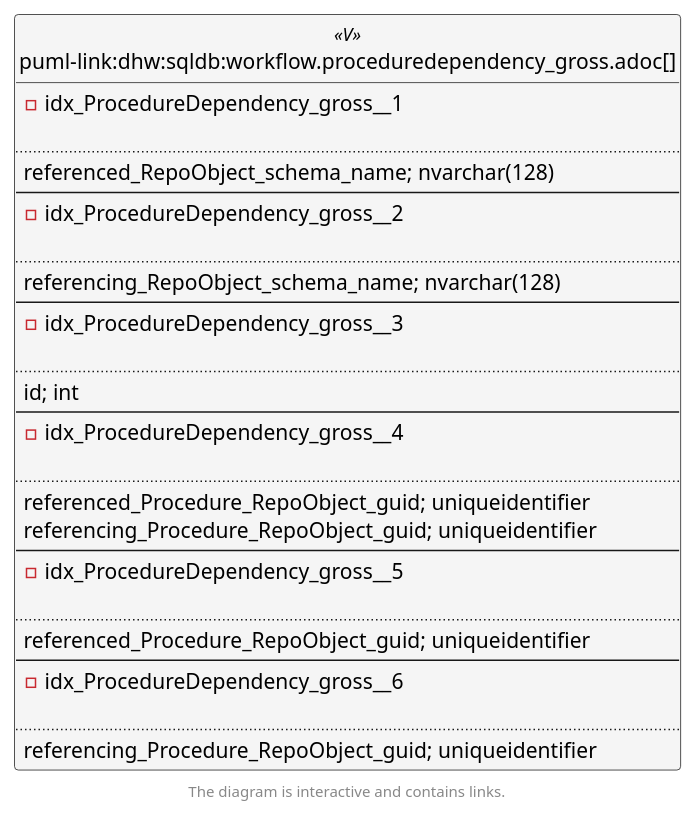
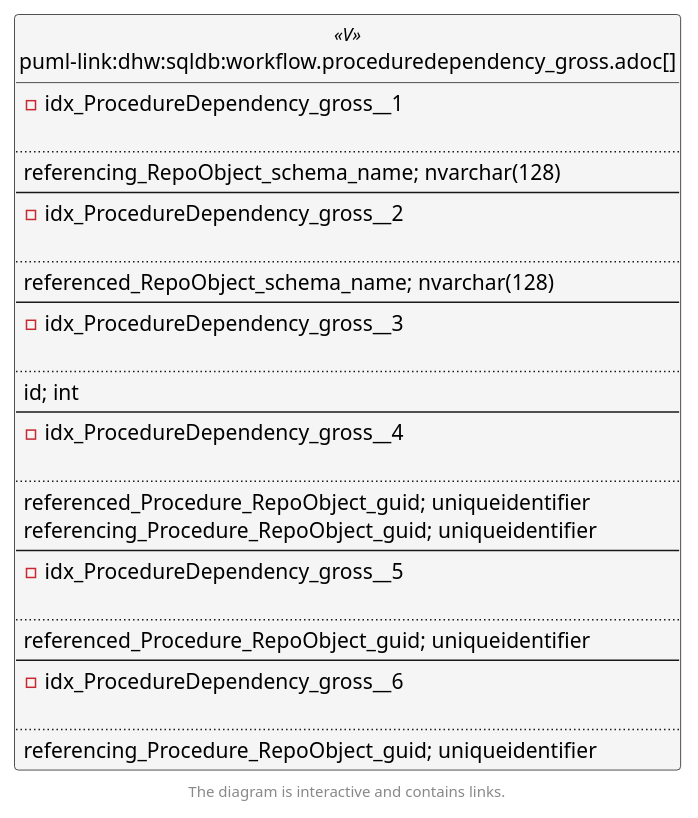
Before and after one commit to DataHandwerk/dhw-antora-sqldb: the second of 6 diagrams in docs/modules/sqldb/partials/content/workflow.proceduredependency_gross.adoc, drawn with PlantUML. The commit also changed other lines of this file and 701 other files, not shown here.

```diff
--- a/docs/modules/sqldb/partials/content/workflow.proceduredependency_gross.adoc
+++ b/docs/modules/sqldb/partials/content/workflow.proceduredependency_gross.adoc
@@ -856,69 +856,69 @@
 [plantuml, entity_1_1_fk-{docname}, svg, subs=macros]
 ....
 @startuml
 left to right direction
 'top to bottom direction
 hide circle
 'avoide "." issues:
 set namespaceSeparator none
 
 
 skinparam class {
   BackgroundColor White
   BackgroundColor<<FN>> Yellow
   BackgroundColor<<FS>> Yellow
   BackgroundColor<<FT>> LightGray
   BackgroundColor<<IF>> Yellow
   BackgroundColor<<IS>> Yellow
   BackgroundColor<<P>>  Aqua
   BackgroundColor<<PC>> Aqua
   BackgroundColor<<SN>> Yellow
   BackgroundColor<<SO>> SlateBlue
   BackgroundColor<<TF>> LightGray
   BackgroundColor<<TR>> Tomato
   BackgroundColor<<U>>  White
   BackgroundColor<<V>>  WhiteSmoke
   BackgroundColor<<X>>  Aqua
   BackgroundColor<<external>> AliceBlue
 }
 
 
 entity "puml-link:dhw:sqldb:workflow.proceduredependency_gross.adoc[]" as workflow.ProcedureDependency_gross << V >> {
 - idx_ProcedureDependency_gross__1
 
 ..
-referenced_RepoObject_schema_name; nvarchar(128)
+referencing_RepoObject_schema_name; nvarchar(128)
 --
 - idx_ProcedureDependency_gross__2
 
 ..
-referencing_RepoObject_schema_name; nvarchar(128)
+referenced_RepoObject_schema_name; nvarchar(128)
 --
 - idx_ProcedureDependency_gross__3
 
 ..
 id; int
 --
 - idx_ProcedureDependency_gross__4
 
 ..
 referenced_Procedure_RepoObject_guid; uniqueidentifier
 referencing_Procedure_RepoObject_guid; uniqueidentifier
 --
 - idx_ProcedureDependency_gross__5
 
 ..
 referenced_Procedure_RepoObject_guid; uniqueidentifier
 --
 - idx_ProcedureDependency_gross__6
 
 ..
 referencing_Procedure_RepoObject_guid; uniqueidentifier
 }
 
 
 
 footer The diagram is interactive and contains links.
 
 @enduml
 ....
```
